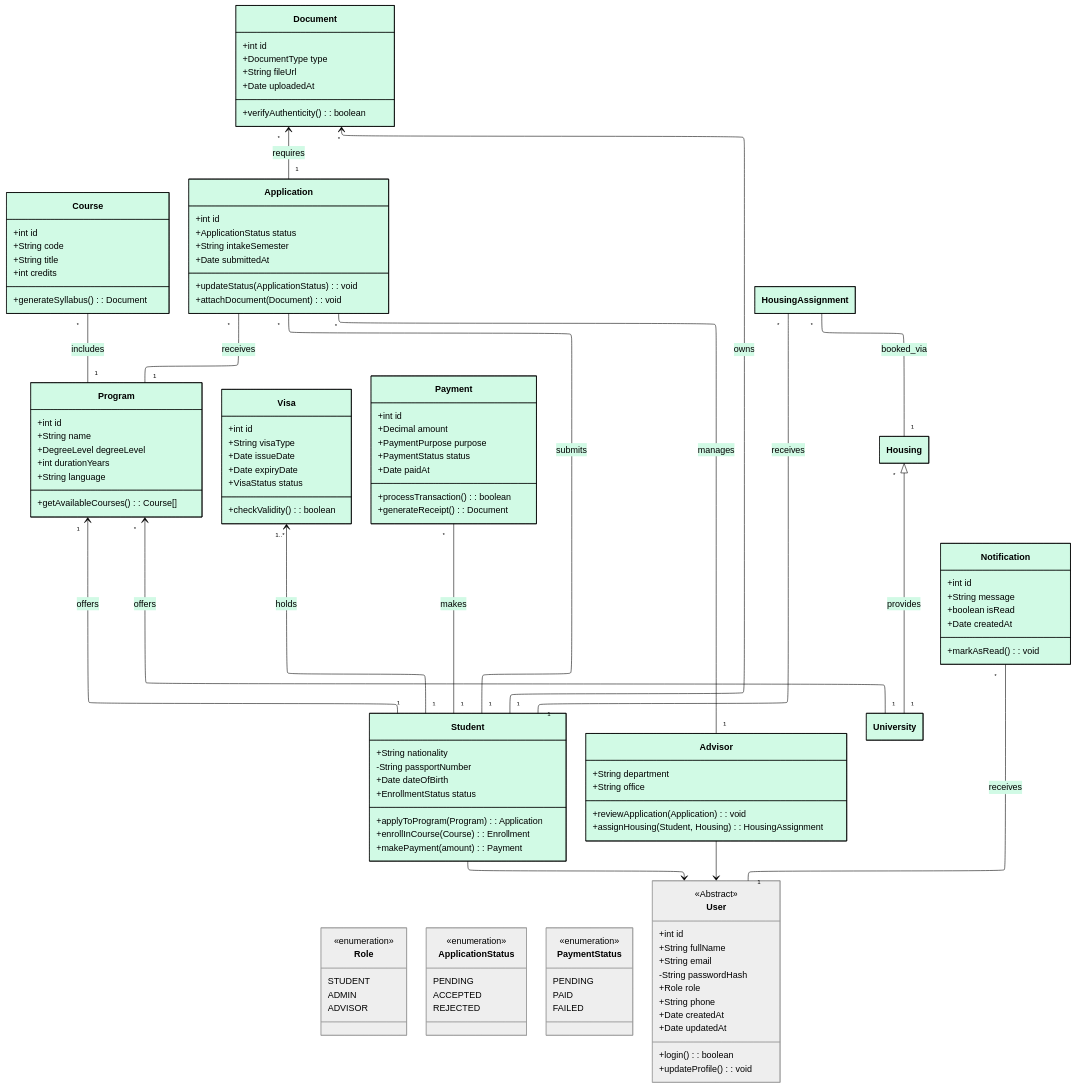
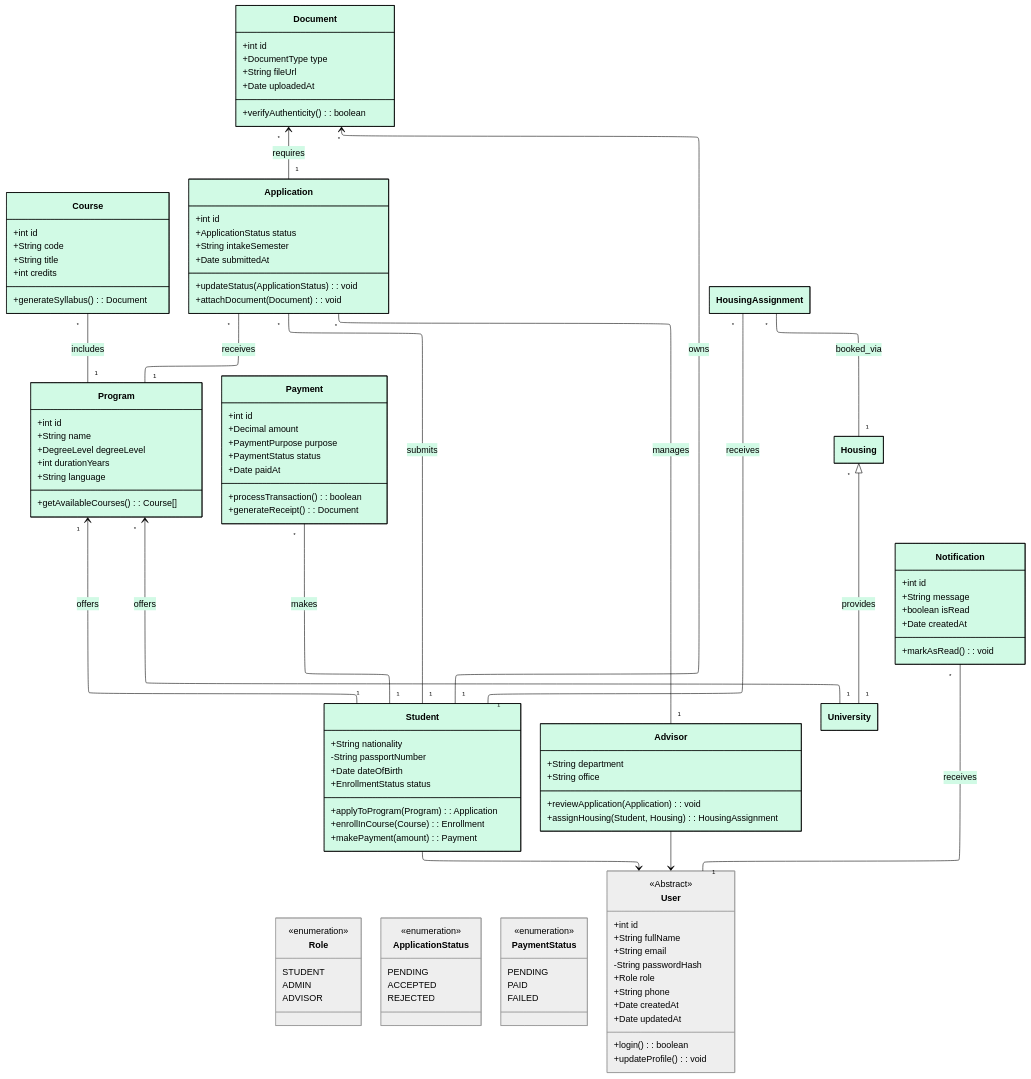
The third of 4 diagrams in README.md (hajrdorm28/Uni-system-For-International-Students), drawn with Mermaid before and after one commit. The commit also changed other lines of this file, not shown here.

First line of the commit message:
Remove Visa and Housing classes from README

```diff
--- a/README.md
+++ b/README.md
@@ -534,18 +534,6 @@
 	    +verifyAuthenticity() : boolean
     }
 
-    class Visa {
-	    +int id
-	    +String visaType
-	    +Date issueDate
-	    +Date expiryDate
-	    +VisaStatus status
-	    +checkValidity() : boolean
-    }
-
-
-
-
     class Payment {
 	    +int id
 	    +Decimal amount
@@ -578,7 +566,6 @@
     Advisor "1" -- "*" Application : manages
     Student "1" --> "*" Document : owns
     Application "1" --> "*" Document : requires
-    Student "1" --> "1..*" Visa : holds
     University "1" --|> "*" Housing : provides
     Student "1" -- "*" HousingAssignment : receives
     Housing "1" -- "*" HousingAssignment : booked_via
```
